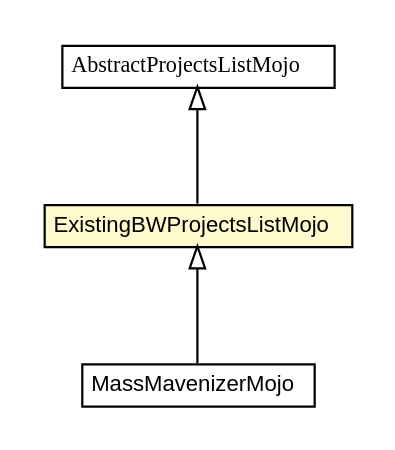
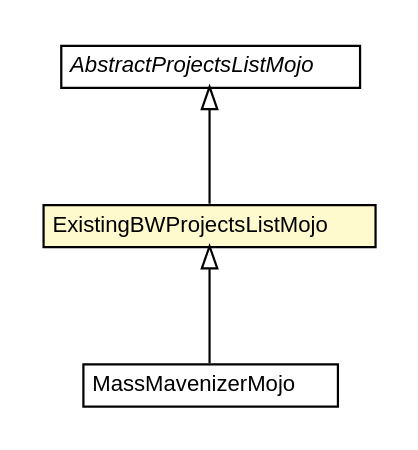
The diagram in bw-maven-plugin/apidocs/fr/fastconnect/factory/tibco/bw/maven/source/ExistingBWProjectsListMojo.dot (fastconnect/tibco-factory), drawn with Graphviz before and after one commit. The commit also changed 380 other files, not shown here.

```diff
--- a/bw-maven-plugin/apidocs/fr/fastconnect/factory/tibco/bw/maven/source/ExistingBWProjectsListMojo.dot
+++ b/bw-maven-plugin/apidocs/fr/fastconnect/factory/tibco/bw/maven/source/ExistingBWProjectsListMojo.dot
@@ -1,34 +1,34 @@
 #!/usr/local/bin/dot
 #
 # Class diagram 
 # Generated by UMLGraph version R5_6-24-gf6e263 (http://www.umlgraph.org/)
 #
 
 digraph G {
-	edge [fontname="arial",fontsize=10,labelfontname="arial",labelfontsize=10];
-	node [fontname="arial",fontsize=10,shape=plaintext];
+	edge [fontname="Helvetica",fontsize=10,labelfontname="Helvetica",labelfontsize=10];
+	node [fontname="Helvetica",fontsize=10,shape=plaintext];
 	nodesep=0.25;
 	ranksep=0.5;
+	// fr.fastconnect.factory.tibco.bw.maven.source.ExistingBWProjectsListMojo
+	c2207 [label=<<table title="fr.fastconnect.factory.tibco.bw.maven.source.ExistingBWProjectsListMojo" border="0" cellborder="1" cellspacing="0" cellpadding="2" port="p" bgcolor="lemonChiffon" href="./ExistingBWProjectsListMojo.html">
+		<tr><td><table border="0" cellspacing="0" cellpadding="1">
+<tr><td align="center" balign="center"> ExistingBWProjectsListMojo </td></tr>
+		</table></td></tr>
+		</table>>, URL="./ExistingBWProjectsListMojo.html", fontname="Helvetica", fontcolor="black", fontsize=10.0];
 	// fr.fastconnect.factory.tibco.bw.maven.source.MassMavenizerMojo
-	c2123 [label=<<table title="fr.fastconnect.factory.tibco.bw.maven.source.MassMavenizerMojo" border="0" cellborder="1" cellspacing="0" cellpadding="2" port="p" href="./MassMavenizerMojo.html">
+	c2217 [label=<<table title="fr.fastconnect.factory.tibco.bw.maven.source.MassMavenizerMojo" border="0" cellborder="1" cellspacing="0" cellpadding="2" port="p" href="./MassMavenizerMojo.html">
 		<tr><td><table border="0" cellspacing="0" cellpadding="1">
 <tr><td align="center" balign="center"> MassMavenizerMojo </td></tr>
 		</table></td></tr>
-		</table>>, URL="./MassMavenizerMojo.html", fontname="arial", fontcolor="black", fontsize=10.0];
-	// fr.fastconnect.factory.tibco.bw.maven.source.ExistingBWProjectsListMojo
-	c2124 [label=<<table title="fr.fastconnect.factory.tibco.bw.maven.source.ExistingBWProjectsListMojo" border="0" cellborder="1" cellspacing="0" cellpadding="2" port="p" bgcolor="lemonChiffon" href="./ExistingBWProjectsListMojo.html">
+		</table>>, URL="./MassMavenizerMojo.html", fontname="Helvetica", fontcolor="black", fontsize=10.0];
+	// fr.fastconnect.factory.tibco.bw.maven.source.AbstractProjectsListMojo
+	c2218 [label=<<table title="fr.fastconnect.factory.tibco.bw.maven.source.AbstractProjectsListMojo" border="0" cellborder="1" cellspacing="0" cellpadding="2" port="p" href="./AbstractProjectsListMojo.html">
 		<tr><td><table border="0" cellspacing="0" cellpadding="1">
-<tr><td align="center" balign="center"> ExistingBWProjectsListMojo </td></tr>
+<tr><td align="center" balign="center"><font face="Helvetica-Oblique"> AbstractProjectsListMojo </font></td></tr>
 		</table></td></tr>
-		</table>>, URL="./ExistingBWProjectsListMojo.html", fontname="arial", fontcolor="black", fontsize=10.0];
-	// fr.fastconnect.factory.tibco.bw.maven.source.AbstractProjectsListMojo
-	c2128 [label=<<table title="fr.fastconnect.factory.tibco.bw.maven.source.AbstractProjectsListMojo" border="0" cellborder="1" cellspacing="0" cellpadding="2" port="p" href="./AbstractProjectsListMojo.html">
-		<tr><td><table border="0" cellspacing="0" cellpadding="1">
-<tr><td align="center" balign="center"><font face="arial italic"> AbstractProjectsListMojo </font></td></tr>
-		</table></td></tr>
-		</table>>, URL="./AbstractProjectsListMojo.html", fontname="arial", fontcolor="black", fontsize=10.0];
+		</table>>, URL="./AbstractProjectsListMojo.html", fontname="Helvetica", fontcolor="black", fontsize=10.0];
+	//fr.fastconnect.factory.tibco.bw.maven.source.ExistingBWProjectsListMojo extends fr.fastconnect.factory.tibco.bw.maven.source.AbstractProjectsListMojo
+	c2218:p -> c2207:p [dir=back,arrowtail=empty];
 	//fr.fastconnect.factory.tibco.bw.maven.source.MassMavenizerMojo extends fr.fastconnect.factory.tibco.bw.maven.source.ExistingBWProjectsListMojo
-	c2124:p -> c2123:p [dir=back,arrowtail=empty];
-	//fr.fastconnect.factory.tibco.bw.maven.source.ExistingBWProjectsListMojo extends fr.fastconnect.factory.tibco.bw.maven.source.AbstractProjectsListMojo
-	c2128:p -> c2124:p [dir=back,arrowtail=empty];
+	c2207:p -> c2217:p [dir=back,arrowtail=empty];
 }
```
